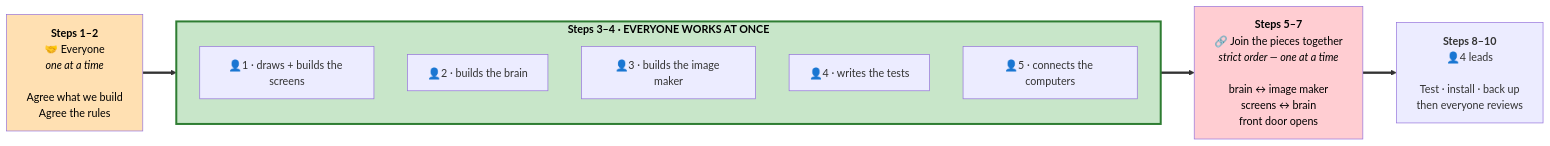
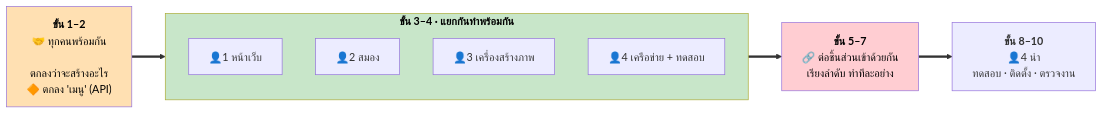
The second of 2 diagrams in README.md (winxtxrgit/webappflowchart), drawn with Mermaid before and after one commit. The commit also changed other lines of this file and 34 other files, not shown here.

````diff
--- a/README.md
+++ b/README.md
@@ -96,23 +68,18 @@
 ```mermaid
 flowchart LR
-    A["<b>Steps 1–2</b><br/>🤝 Everyone<br/><i>one at a time</i><br/><br/>Agree what we build<br/>Agree the rules"]
+    A["<b>ขั้น 1–2</b><br/>🤝 ทุกคนพร้อมกัน<br/><br/>ตกลงว่าจะสร้างอะไร<br/>🔶 ตกลง 'เมนู' (API)"]
+    A ==> B
+    subgraph B["<b>ขั้น 3–4 · แยกกันทำพร้อมกัน</b>"]
+        direction TB
+        B1["👤1 หน้าเว็บ"]
+        B2["👤2 สมอง"]
+        B3["👤3 เครื่องสร้างภาพ"]
+        B4["👤4 เครือข่าย + ทดสอบ"]
+    end
+    B ==> C["<b>ขั้น 5–7</b><br/>🔗 ต่อชิ้นส่วนเข้าด้วยกัน<br/>เรียงลำดับ ทำทีละอย่าง"]
+    C ==> D["<b>ขั้น 8–10</b><br/>👤4 นำ<br/>ทดสอบ · ติดตั้ง · ตรวจงาน"]
 
-    A ==> B
-
-    subgraph B["<b>Steps 3–4 · EVERYONE WORKS AT ONCE</b>"]
-        direction TB
-        B1["👤1 · draws + builds the screens"]
-        B2["👤2 · builds the brain"]
-        B3["👤3 · builds the image maker"]
-        B4["👤4 · writes the tests"]
-        B5["👤5 · connects the computers"]
-    end
-
-    B ==> C["<b>Steps 5–7</b><br/>🔗 Join the pieces together<br/><i>strict order — one at a time</i><br/><br/>brain ↔ image maker<br/>screens ↔ brain<br/>front door opens"]
-
-    C ==> D["<b>Steps 8–10</b><br/>👤4 leads<br/><br/>Test · install · back up<br/>then everyone reviews"]
-
-    style B fill:#c8e6c9,stroke:#2e7d32,stroke-width:3px,color:#000
     style A fill:#ffe0b2,color:#000
+    style B fill:#c8e6c9,color:#000
     style C fill:#ffcdd2,color:#000
 ```
````
